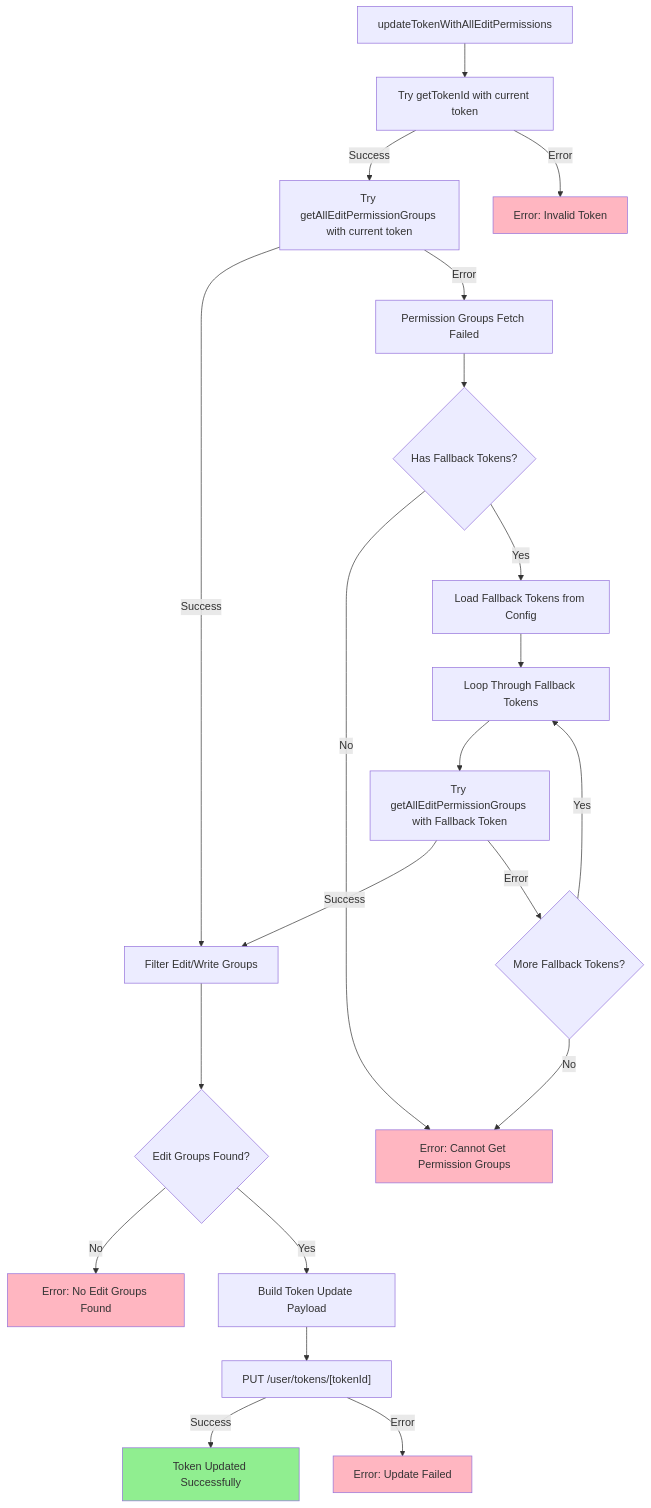
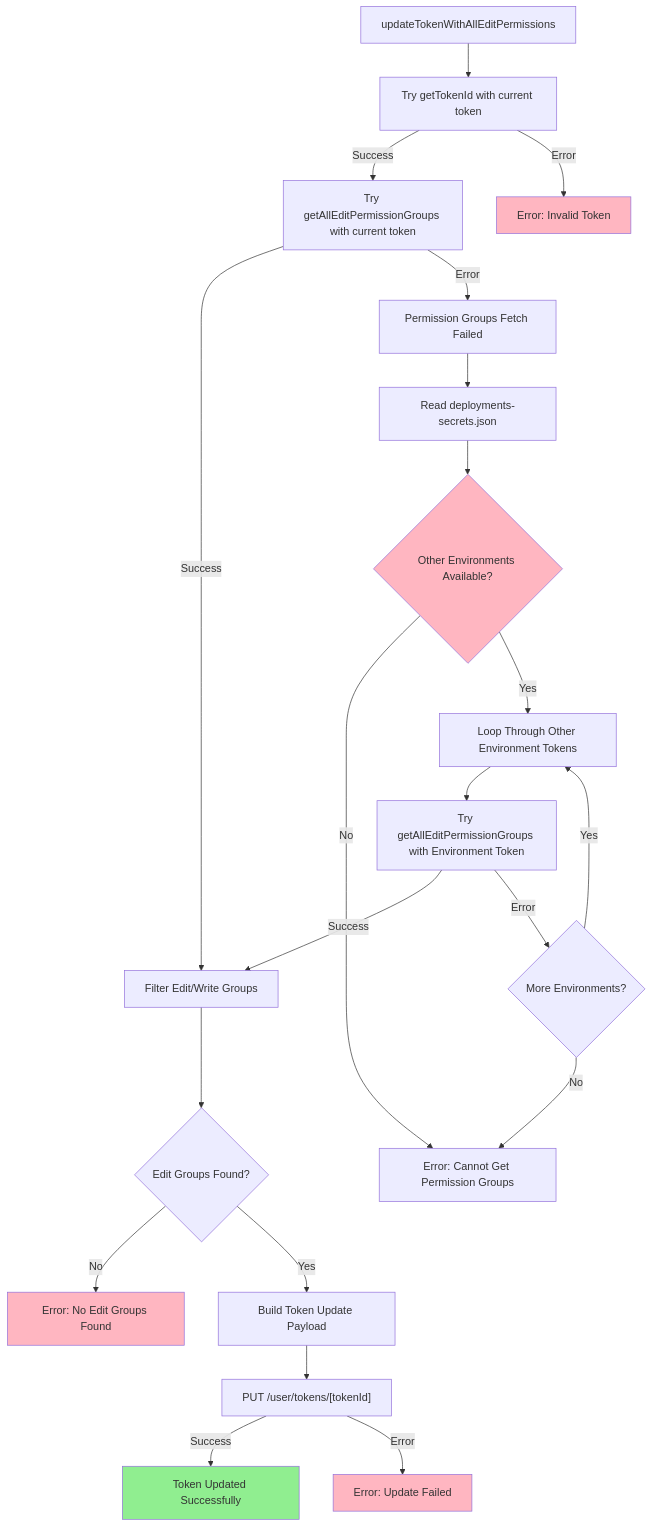
The fourth of 6 diagrams in _deploy-cli-cloudflare-gcp/CLOUDFLARE_TOKEN_AUTO_UPDATE_GUIDE.md (chungminhtu/AI_FaceSwap_Cloudflare_Backend), drawn with Mermaid before and after one commit. The commit also changed other lines of this file and 2 other files, not shown here.

First line of the commit message:
Update Cloudflare Token Auto Update Guide and Security Performance Documentation

````diff
--- a/_deploy-cli-cloudflare-gcp/CLOUDFLARE_TOKEN_AUTO_UPDATE_GUIDE.md
+++ b/_deploy-cli-cloudflare-gcp/CLOUDFLARE_TOKEN_AUTO_UPDATE_GUIDE.md
@@ -218,34 +219,34 @@
 ```mermaid
 flowchart TD
     A[updateTokenWithAllEditPermissions] --> B[Try getTokenId with current token]
     B -->|Success| C[Try getAllEditPermissionGroups with current token]
     B -->|Error| Z[Error: Invalid Token]
     
     C -->|Success| D[Filter Edit/Write Groups]
     C -->|Error| E[Permission Groups Fetch Failed]
     
-    E --> F{Has Fallback Tokens?}
-    F -->|No| G[Error: Cannot Get Permission Groups]
-    F -->|Yes| H[Load Fallback Tokens from Config]
+    E --> F[Read deployments-secrets.json]
+    F --> G{Other Environments Available?}
+    G -->|No| H[Error: Cannot Get Permission Groups]
+    G -->|Yes| I[Loop Through Other Environment Tokens]
     
-    H --> I[Loop Through Fallback Tokens]
-    I --> J[Try getAllEditPermissionGroups with Fallback Token]
+    I --> J[Try getAllEditPermissionGroups with Environment Token]
     J -->|Success| D
-    J -->|Error| K{More Fallback Tokens?}
+    J -->|Error| K{More Environments?}
     K -->|Yes| I
-    K -->|No| G
+    K -->|No| H
     
     D --> L{Edit Groups Found?}
     L -->|No| M[Error: No Edit Groups Found]
     L -->|Yes| N[Build Token Update Payload]
     
     N --> O["PUT /user/tokens/[tokenId]"]
     O -->|Success| P[Token Updated Successfully]
     O -->|Error| Q[Error: Update Failed]
     
     style P fill:#90EE90
     style Z fill:#FFB6C1
     style G fill:#FFB6C1
     style M fill:#FFB6C1
     style Q fill:#FFB6C1
 ```
````
